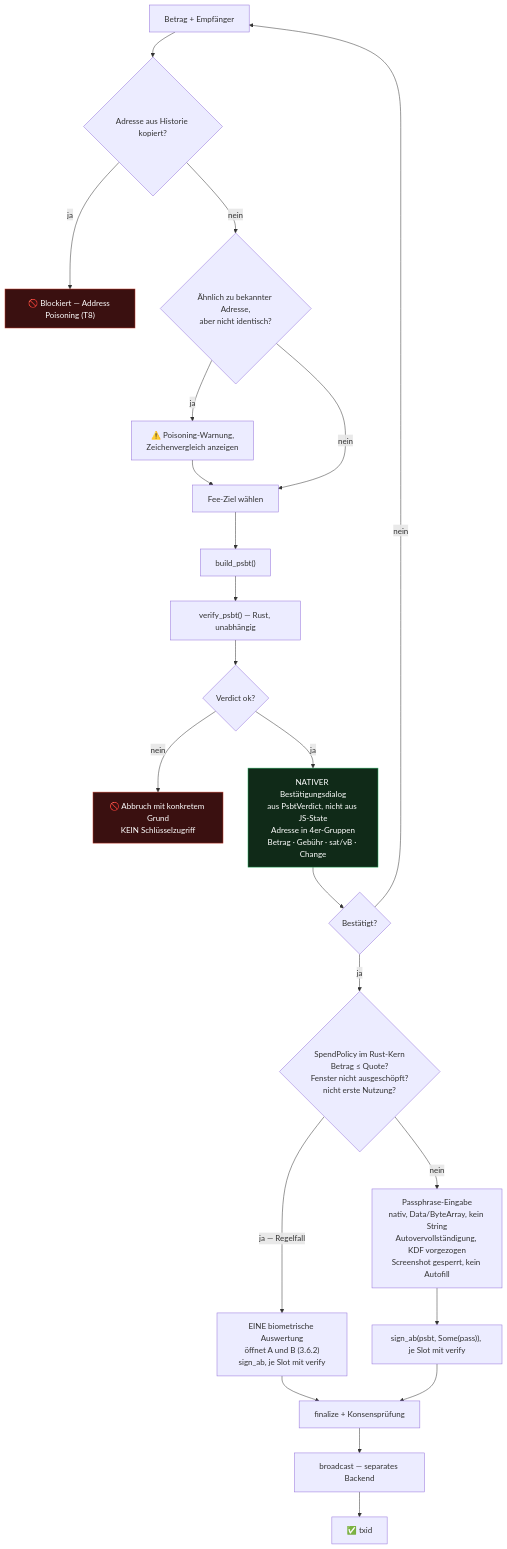
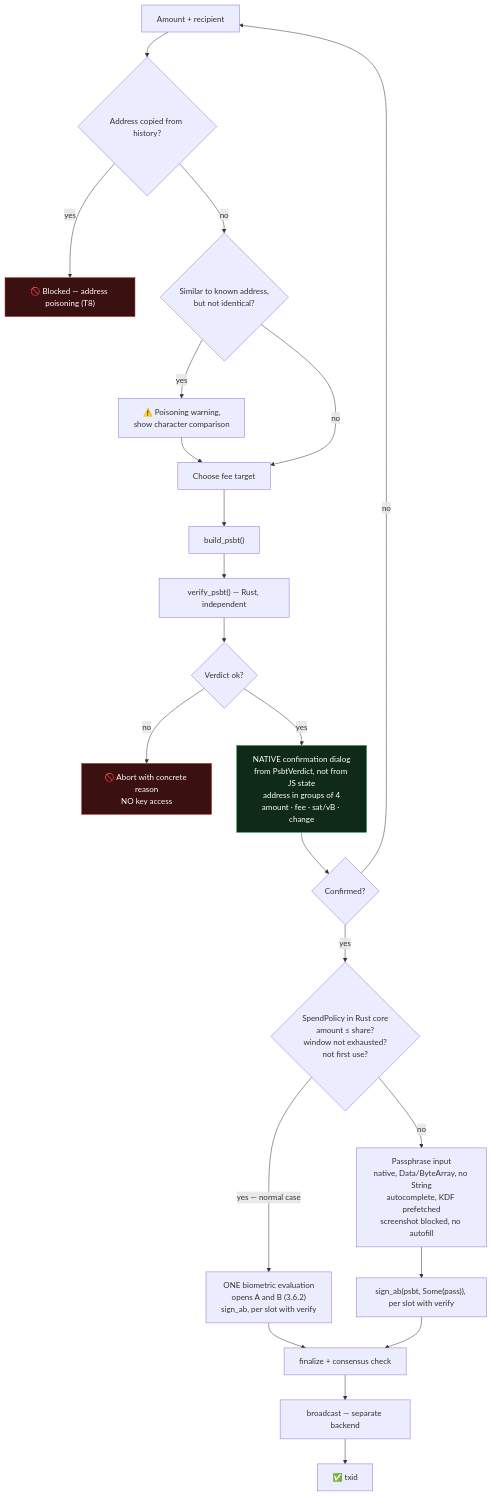
The sixth of 9 diagrams in docs/SPECIFICATION.md (joshuakrueger-dfx/Bitcoin-Trinity), drawn with Mermaid before and after one commit. The commit also changed other lines of this file and 28 other files, not shown here.

````diff
--- a/docs/SPECIFICATION.md
+++ b/docs/SPECIFICATION.md
@@ -1777,28 +1777,28 @@
 ```mermaid
 flowchart TD
-    B0["Betrag + Empfänger"] --> B1{"Adresse aus Historie kopiert?"}
-    B1 -->|"ja"| B1a["🚫 Blockiert — Address Poisoning (T8)"]
-    B1 -->|"nein"| B2{"Ähnlich zu bekannter Adresse,<br/>aber nicht identisch?"}
-    B2 -->|"ja"| B2a["⚠️ Poisoning-Warnung,<br/>Zeichenvergleich anzeigen"]
+    B0["Amount + recipient"] --> B1{"Address copied from history?"}
+    B1 -->|"yes"| B1a["🚫 Blocked — address poisoning (T8)"]
+    B1 -->|"no"| B2{"Similar to known address,<br/>but not identical?"}
+    B2 -->|"yes"| B2a["⚠️ Poisoning warning,<br/>show character comparison"]
     B2a --> B3
-    B2 -->|"nein"| B3["Fee-Ziel wählen"]
+    B2 -->|"no"| B3["Choose fee target"]
     B3 --> B4["build_psbt()"]
-    B4 --> B5["verify_psbt() — Rust, unabhängig"]
+    B4 --> B5["verify_psbt() — Rust, independent"]
     B5 --> B6{"Verdict ok?"}
-    B6 -->|"nein"| B6a["🚫 Abbruch mit konkretem Grund<br/>KEIN Schlüsselzugriff"]
-    B6 -->|"ja"| B7["NATIVER Bestätigungsdialog<br/>aus PsbtVerdict, nicht aus JS-State<br/>Adresse in 4er-Gruppen<br/>Betrag · Gebühr · sat/vB · Change"]
-    B7 --> B8{"Bestätigt?"}
-    B8 -->|"nein"| B0
-    B8 -->|"ja"| B8a{"SpendPolicy im Rust-Kern<br/>Betrag ≤ Quote?<br/>Fenster nicht ausgeschöpft?<br/>nicht erste Nutzung?"}
-    B8a -->|"ja — Regelfall"| B9["EINE biometrische Auswertung<br/>öffnet A und B (3.6.2)<br/>sign_ab, je Slot mit verify"]
-    B8a -->|"nein"| B10["Passphrase-Eingabe<br/>nativ, Data/ByteArray, kein String<br/>Autovervollständigung, KDF vorgezogen<br/>Screenshot gesperrt, kein Autofill"]
-    B10 --> B11["sign_ab(psbt, Some(pass)), je Slot mit verify"]
-    B9 --> B12["finalize + Konsensprüfung"]
+    B6 -->|"no"| B6a["🚫 Abort with concrete reason<br/>NO key access"]
+    B6 -->|"yes"| B7["NATIVE confirmation dialog<br/>from PsbtVerdict, not from JS state<br/>address in groups of 4<br/>amount · fee · sat/vB · change"]
+    B7 --> B8{"Confirmed?"}
+    B8 -->|"no"| B0
+    B8 -->|"yes"| B8a{"SpendPolicy in Rust core<br/>amount ≤ share?<br/>window not exhausted?<br/>not first use?"}
+    B8a -->|"yes — normal case"| B9["ONE biometric evaluation<br/>opens A and B (3.6.2)<br/>sign_ab, per slot with verify"]
+    B8a -->|"no"| B10["Passphrase input<br/>native, Data/ByteArray, no String<br/>autocomplete, KDF prefetched<br/>screenshot blocked, no autofill"]
+    B10 --> B11["sign_ab(psbt, Some(pass)), per slot with verify"]
+    B9 --> B12["finalize + consensus check"]
     B11 --> B12
-    B12 --> B13["broadcast — separates Backend"]
+    B12 --> B13["broadcast — separate backend"]
     B13 --> B14["✅ txid"]
 
     style B6a fill:#3a1010,stroke:#c0392b,color:#fff
     style B1a fill:#3a1010,stroke:#c0392b,color:#fff
     style B7 fill:#102a18,stroke:#27ae60,color:#fff
 ```
````
